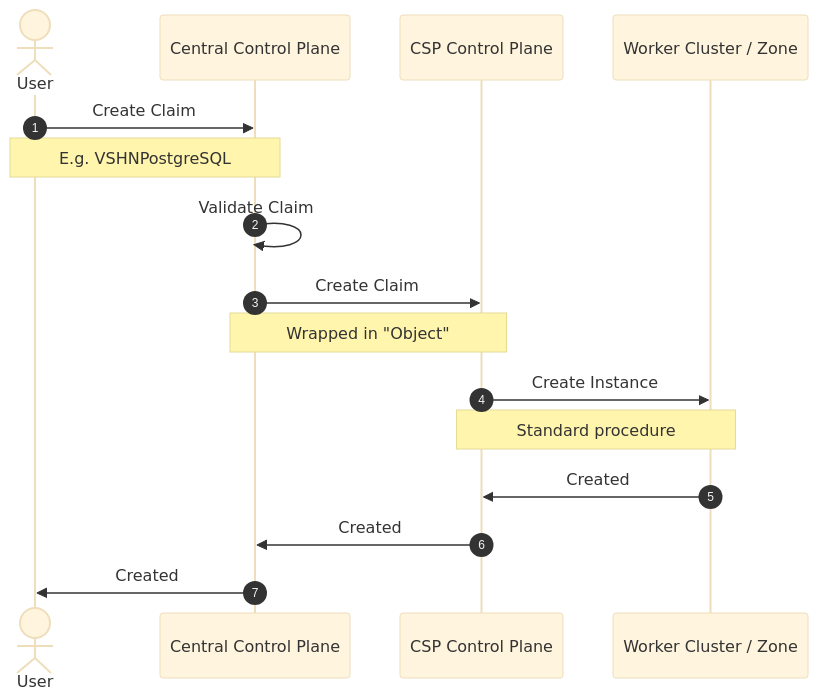
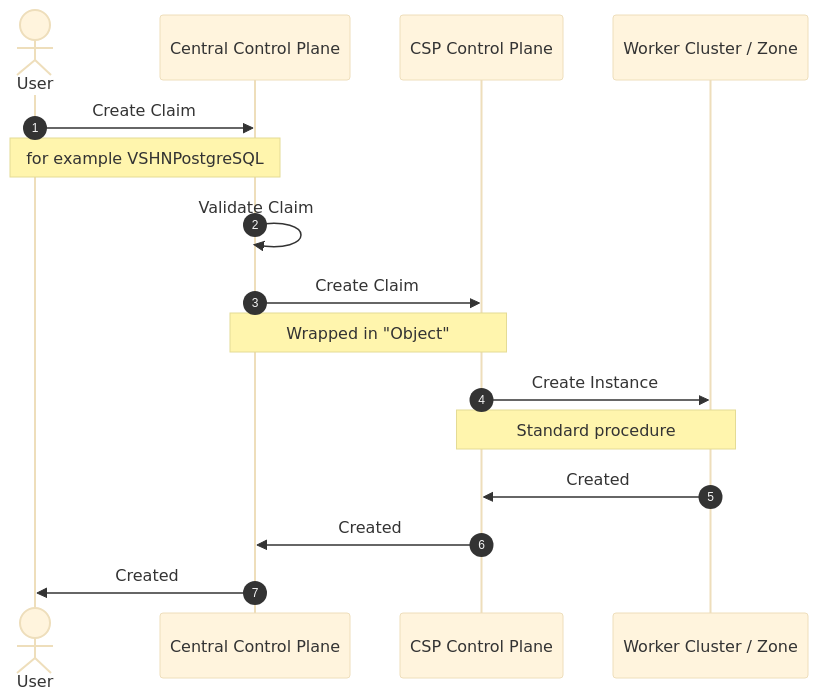
Before and after one commit to vshn/application-catalog-docs: the third of 3 diagrams in docs/modules/ROOT/pages/control-plane/central-control-plane-arch.adoc, drawn with Mermaid (base theme). The commit also changed 15 other files, not shown here.

```diff
--- a/docs/modules/ROOT/pages/control-plane/central-control-plane-arch.adoc
+++ b/docs/modules/ROOT/pages/control-plane/central-control-plane-arch.adoc
@@ -326,20 +326,20 @@
 [mermaid,svcprov,png]
 ....
 sequenceDiagram
     autonumber
     actor EU as User
     participant CCP as Central Control Plane
     participant CSPCP as CSP Control Plane
     participant WRK as Worker Cluster / Zone
 
     EU->>CCP: Create Claim
-    Note over EU, CCP: E.g. VSHNPostgreSQL
+    Note over EU, CCP: for example VSHNPostgreSQL
     CCP->>CCP: Validate Claim
     CCP->>CSPCP: Create Claim
     Note over CCP, CSPCP: Wrapped in "Object"
     CSPCP->>WRK: Create Instance
     Note over CSPCP, WRK: Standard procedure
     WRK->>CSPCP: Created
     CSPCP->>CCP: Created
     CCP->>EU: Created
 ....
```
